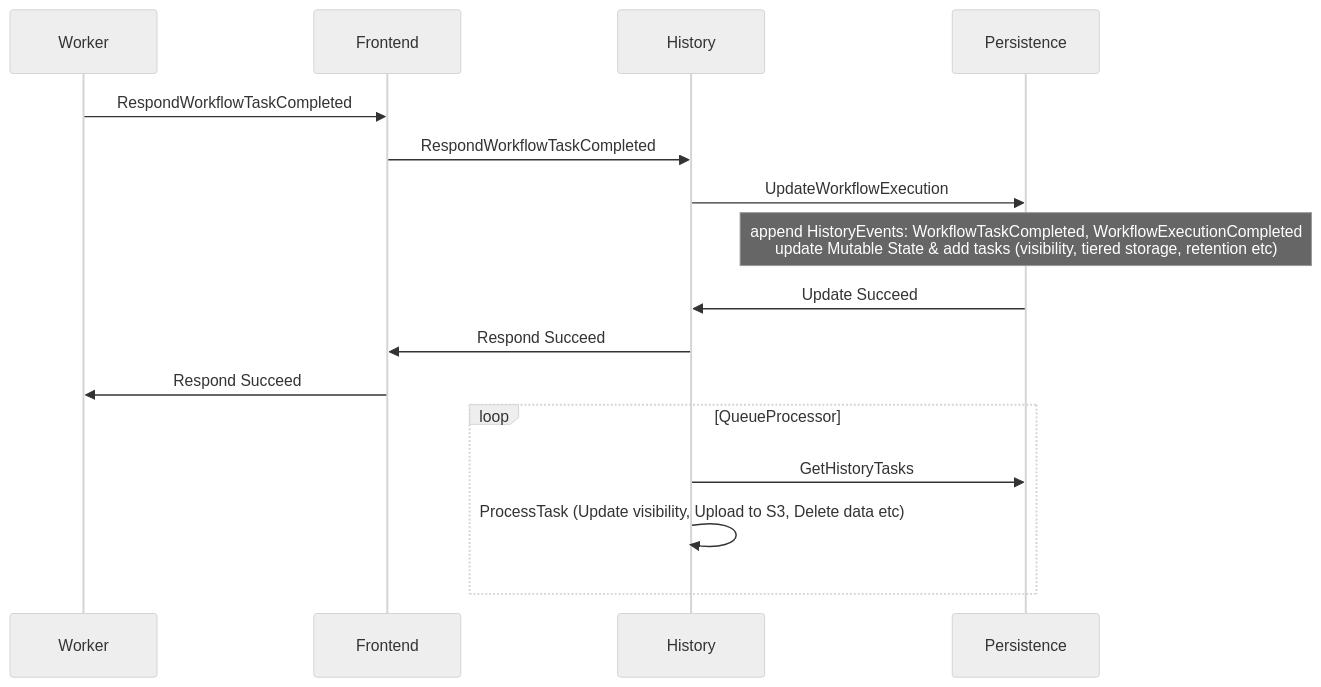
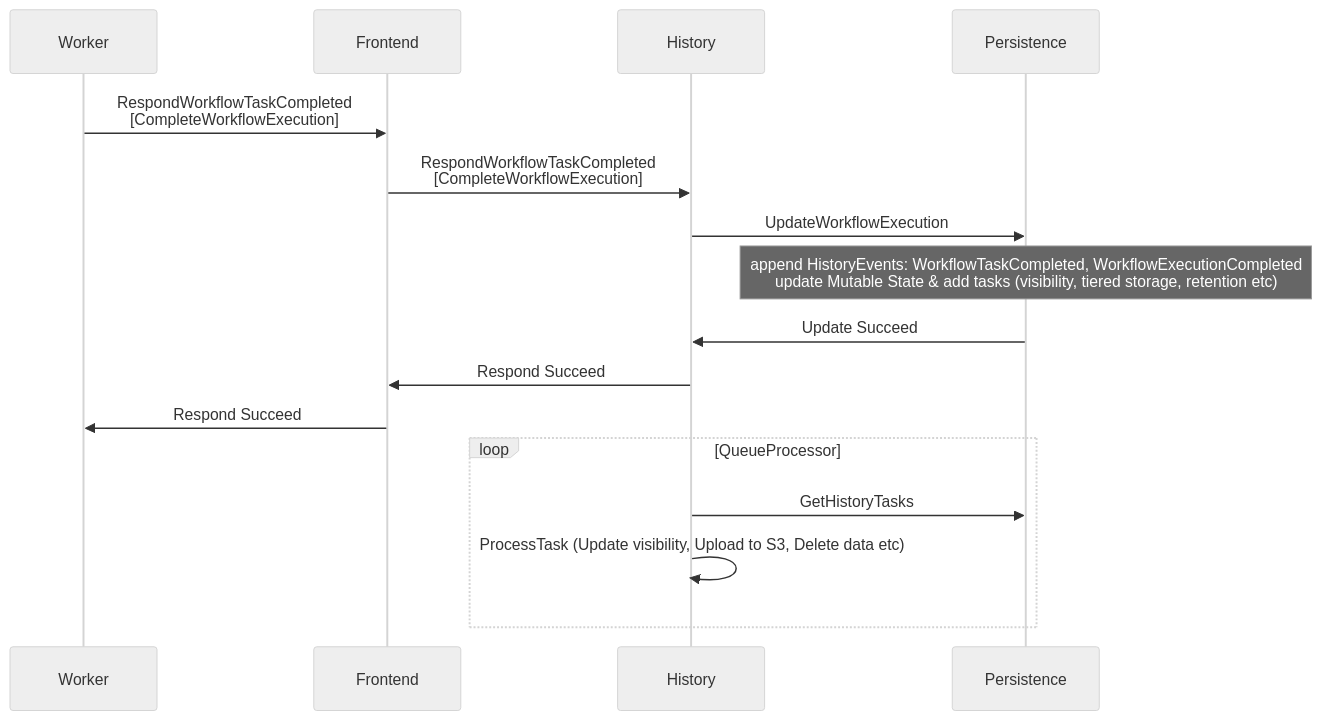
Before and after one commit to temporalio/temporal: the sixth of 7 diagrams in docs/workflow-lifecycle.md, drawn with Mermaid (neutral theme). The commit also changed other lines of this file, not shown here.

Commit message:
Improve workflow lifecycle sequence diagrams

````diff
--- a/docs/workflow-lifecycle.md
+++ b/docs/workflow-lifecycle.md
@@ -189,14 +189,14 @@
 ```mermaid
 sequenceDiagram
-Worker->>Frontend: RespondWorkflowTaskCompleted
-Frontend->>History: RespondWorkflowTaskCompleted
+Worker->>Frontend: RespondWorkflowTaskCompleted<br>[CompleteWorkflowExecution]
+Frontend->>History: RespondWorkflowTaskCompleted<br>[CompleteWorkflowExecution]
 History->>Persistence: UpdateWorkflowExecution
 note over Persistence: append HistoryEvents: WorkflowTaskCompleted, WorkflowExecutionCompleted<br>update Mutable State & add tasks (visibility, tiered storage, retention etc)
 Persistence->>History: Update Succeed
 History->>Frontend: Respond Succeed
 Frontend->>Worker: Respond Succeed
 loop QueueProcessor
     History->>Persistence: GetHistoryTasks
 		History->>History: ProcessTask (Update visibility, Upload to S3, Delete data etc)
 end
 ```
````
